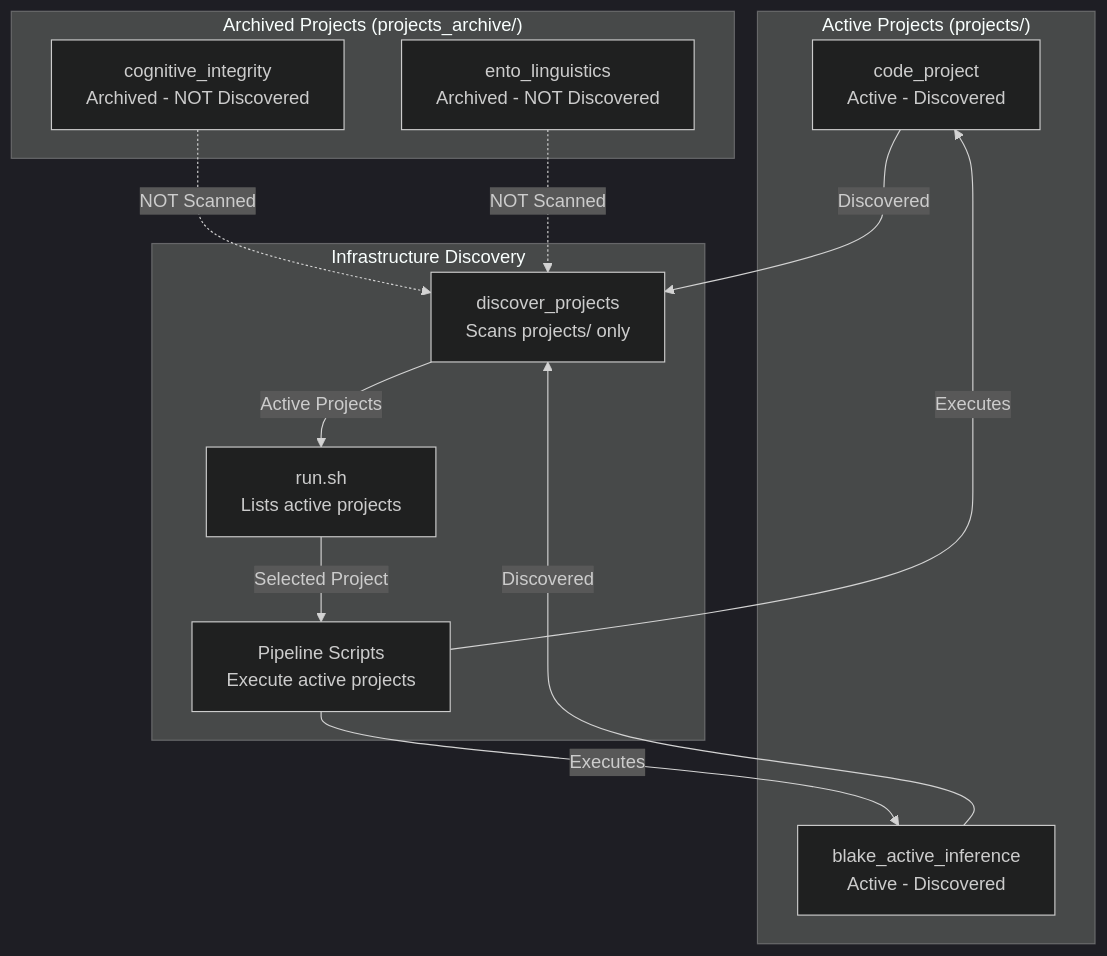
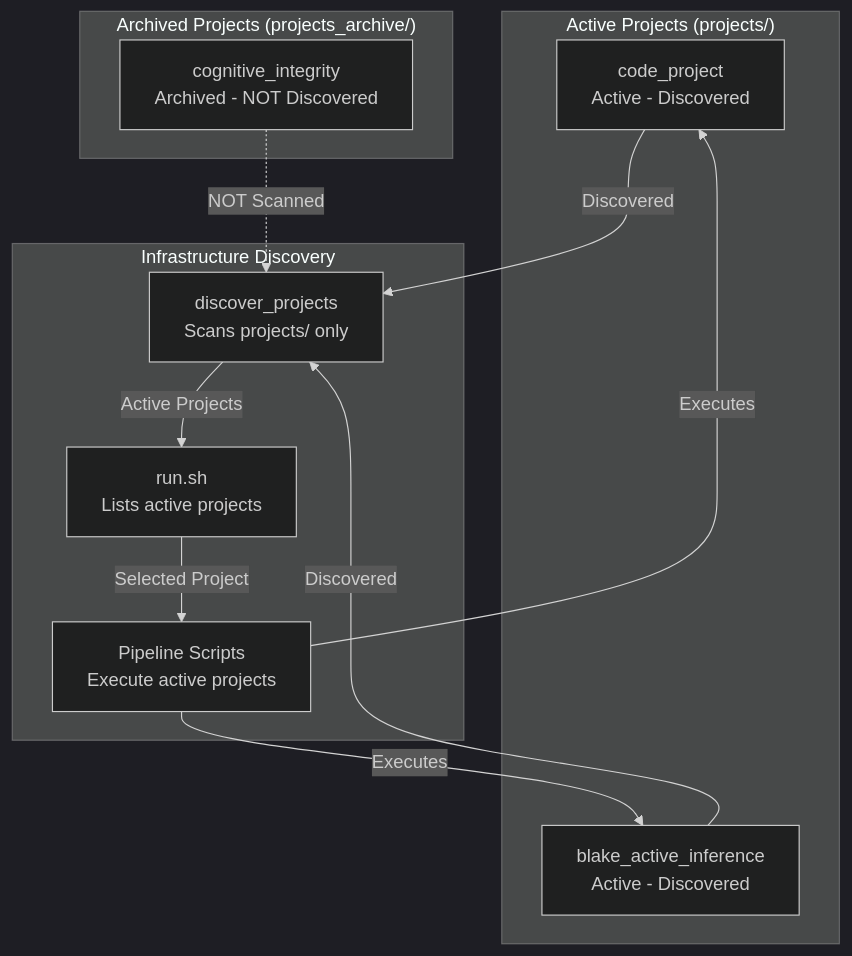
Before and after one commit to docxology/template: the diagram in projects/AGENTS.md, drawn with Mermaid (dark theme). The commit also changed 899 other files, not shown here.

````diff
--- a/projects/AGENTS.md
+++ b/projects/AGENTS.md
@@ -61,28 +61,26 @@
 ```mermaid
 graph TD
     subgraph Active["Active Projects (projects/)"]
         P1[code_project<br/>Active - Discovered]
         P2[blake_active_inference<br/>Active - Discovered]
     end
 
     subgraph Archive["Archived Projects (projects_archive/)"]
         A1[cognitive_integrity<br/>Archived - NOT Discovered]
-        A2[ento_linguistics<br/>Archived - NOT Discovered]
     end
 
     subgraph Infrastructure["Infrastructure Discovery"]
         DISCOVER[discover_projects<br/>Scans projects/ only]
         RUNSH[run.sh<br/>Lists active projects]
         PIPELINE[Pipeline Scripts<br/>Execute active projects]
     end
 
     P1 -->|Discovered| DISCOVER
     P2 -->|Discovered| DISCOVER
     A1 -.->|NOT Scanned| DISCOVER
-    A2 -.->|NOT Scanned| DISCOVER
 
     DISCOVER -->|Active Projects| RUNSH
     RUNSH -->|Selected Project| PIPELINE
     PIPELINE -->|Executes| P1
     PIPELINE -->|Executes| P2
 ```
````
